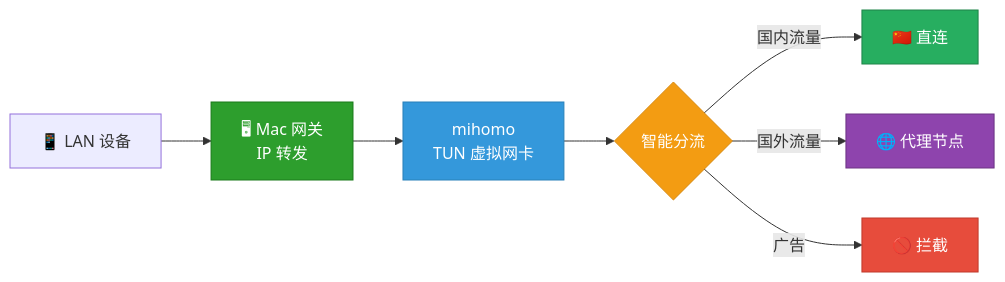
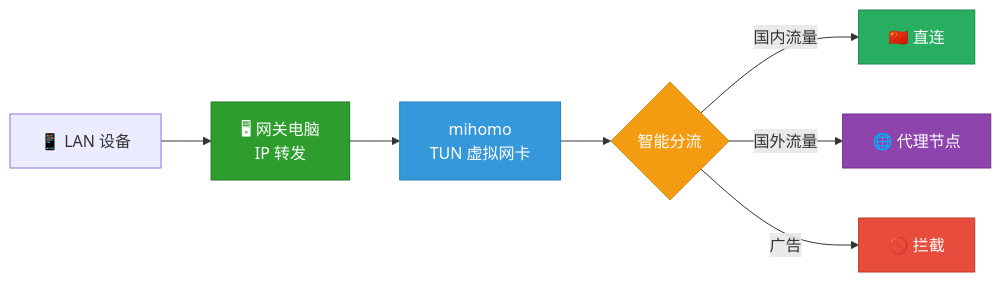
Before and after one commit to Tght1211/lan-proxy-gateway: the second of 2 diagrams in README.md, drawn with Mermaid. The commit also changed other lines of this file and 49 other files, not shown here.

````diff
--- a/README.md
+++ b/README.md
@@ -107,16 +133,16 @@
 ```mermaid
 flowchart LR
-    Device["📱 LAN 设备"] --> Mac["🖥 Mac 网关<br/>IP 转发"]
+    Device["📱 LAN 设备"] --> Mac["🖥 网关电脑<br/>IP 转发"]
     Mac --> TUN["mihomo<br/>TUN 虚拟网卡"]
     TUN --> Rules{"智能分流"}
     Rules -- "国内流量" --> Direct["🇨🇳 直连"]
     Rules -- "国外流量" --> Proxy["🌐 代理节点"]
     Rules -- "广告" --> Block["🚫 拦截"]
 
     style Mac fill:#2d9e2d,color:#fff,stroke:#1a7a1a
     style TUN fill:#3498db,color:#fff,stroke:#2980b9
     style Rules fill:#f39c12,color:#fff,stroke:#d68910
     style Direct fill:#27ae60,color:#fff,stroke:#1e8449
     style Proxy fill:#8e44ad,color:#fff,stroke:#6c3483
     style Block fill:#e74c3c,color:#fff,stroke:#c0392b
 ```
````
